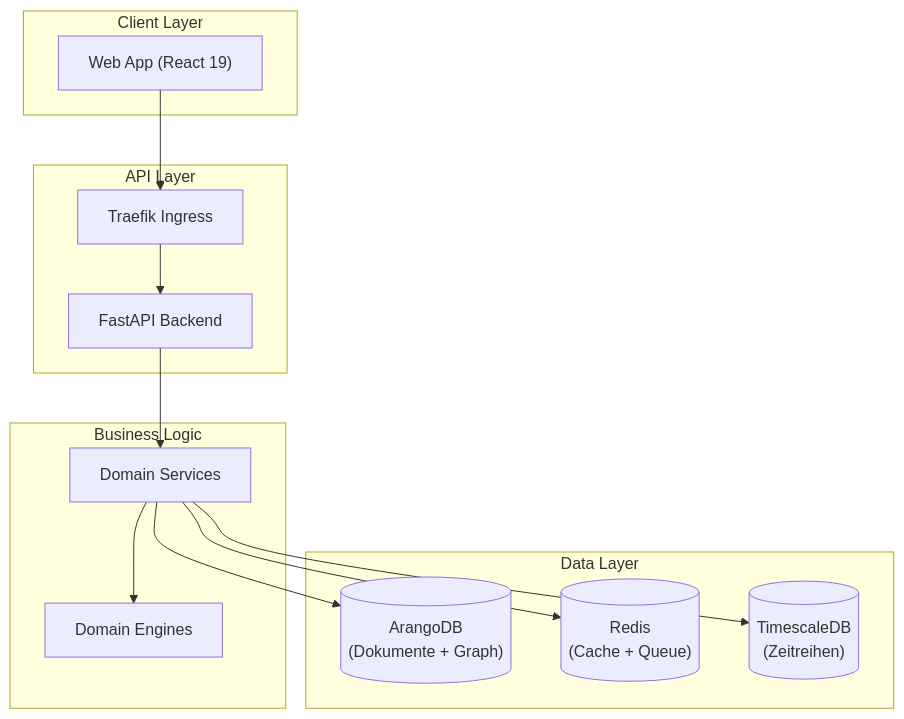
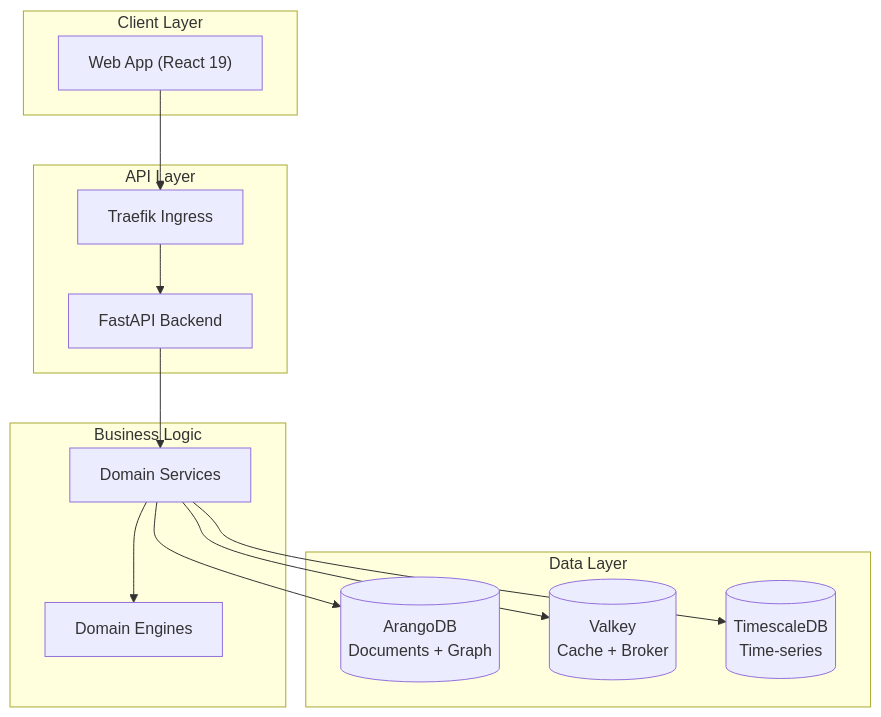
One commit to nolte/kamerplanter changed the diagram in docs/de/architecture/index.md. Above: the diagram before and after it, drawn with Mermaid. The commit also changed other lines of this file, not shown here.

Commit message:
docs(architecture): make the overview diagram spec-compliant
The architecture overview Mermaid block on /architecture/ violated the
mermaid-diagrams spec and rendered the node line breaks literally.

- `graph TB` -> `flowchart TB` (explicit direction per spec)
- node labels translated to English (mandatory inside Mermaid fences even
  in docs/de): "Dokumente + Graph" -> "Documents + Graph", etc.
- `\n` -> `<br/>` so the second label line actually breaks
- add the mandatory `<!-- diagram-source: ... -->` marker
- Redis -> Valkey (Cache + Broker), matching the actual stack and overview.md

Content/structure unchanged (Client -> API -> Business Logic -> Data Layer).

````diff
--- a/docs/de/architecture/index.md
+++ b/docs/de/architecture/index.md
@@ -7,30 +8,30 @@
 ```mermaid
-graph TB
+flowchart TB
     subgraph "Client Layer"
         Web["Web App (React 19)"]
     end
 
     subgraph "API Layer"
         FastAPI["FastAPI Backend"]
         Traefik["Traefik Ingress"]
     end
 
     subgraph "Business Logic"
         Services["Domain Services"]
         Engines["Domain Engines"]
     end
 
     subgraph "Data Layer"
-        ArangoDB[("ArangoDB\n(Dokumente + Graph)")]
-        Redis[("Redis\n(Cache + Queue)")]
-        TimescaleDB[("TimescaleDB\n(Zeitreihen)")]
+        ArangoDB[("ArangoDB<br/>Documents + Graph")]
+        Valkey[("Valkey<br/>Cache + Broker")]
+        TimescaleDB[("TimescaleDB<br/>Time-series")]
     end
 
     Web --> Traefik
     Traefik --> FastAPI
     FastAPI --> Services
     Services --> Engines
     Services --> ArangoDB
-    Services --> Redis
+    Services --> Valkey
     Services --> TimescaleDB
 ```
````
